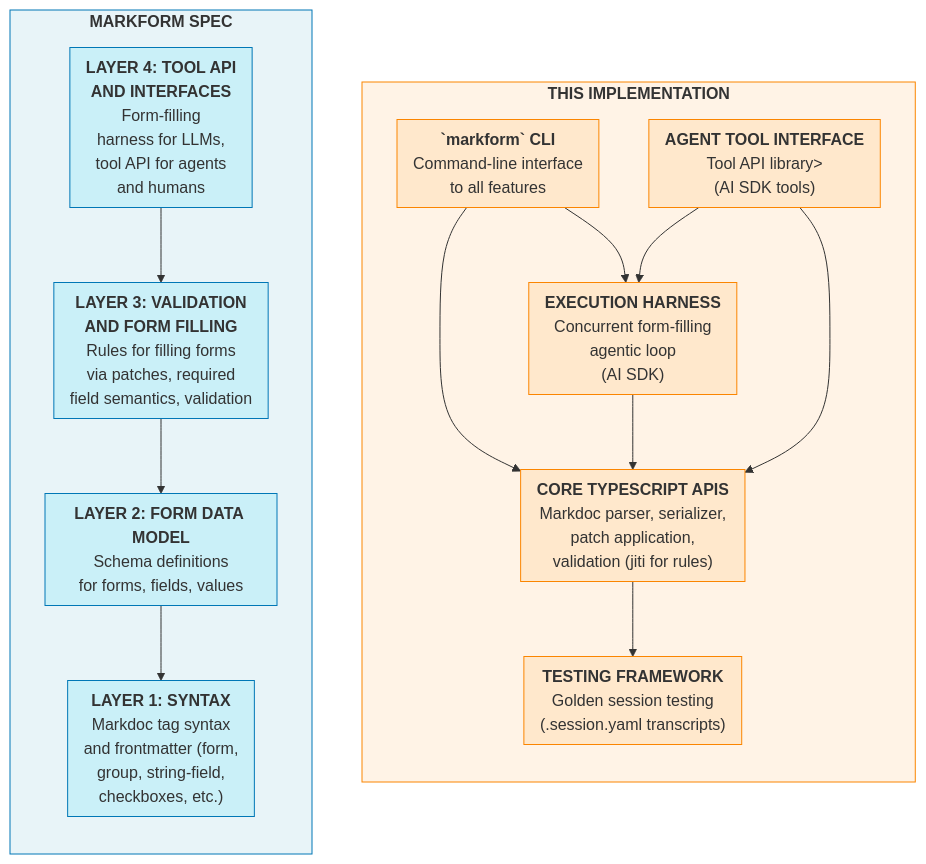
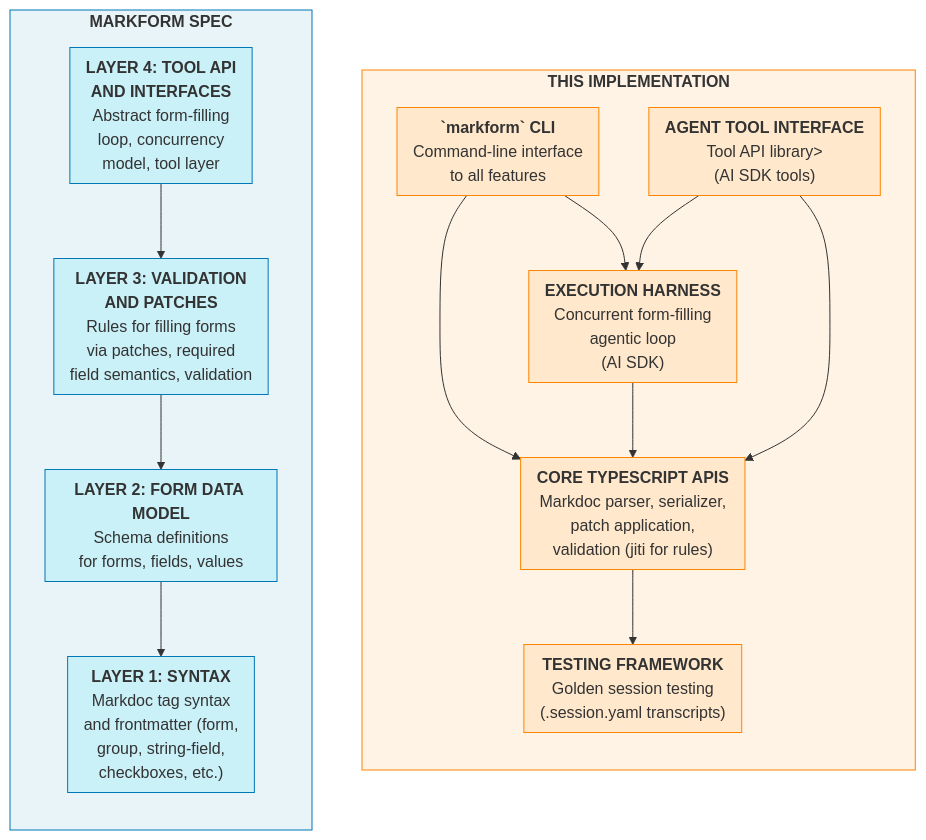
One commit to jlevy/markform changed the diagram in README.md. Above: the diagram before and after it, drawn with Mermaid. The commit also changed other lines of this file, not shown here.

Commit message:
Update CI and Coverage badge links in README

````diff
--- a/README.md
+++ b/README.md
@@ -362,60 +362,60 @@
 ```mermaid
 flowchart LR
     subgraph SPEC["<b>MARKFORM SPEC</b>"]
         direction TB
 
         subgraph L1["<b>LAYER 1: SYNTAX</b><br/>Markdoc tag syntax<br/>and frontmatter (form,<br/>group, string-field, <br/>checkboxes, etc.)"]
         end
 
         subgraph L2["<b>LAYER 2: FORM DATA MODEL</b><br/>Schema definitions<br/>for forms, fields, values"]
         end
 
-        subgraph L3["<b>LAYER 3: VALIDATION <br/>AND FORM FILLING</b><br/>Rules for filling forms<br/>via patches, required<br/>field semantics, validation"]
+        subgraph L3["<b>LAYER 3: VALIDATION <br/>AND PATCHES</b><br/>Rules for filling forms<br/>via patches, required<br/>field semantics, validation"]
         end
 
-        subgraph L4["<b>LAYER 4: TOOL API <br/>AND INTERFACES</b><br/>Form-filling<br/>harness for LLMs,<br/>tool API for agents<br/>and humans"]
+        subgraph L4["<b>LAYER 4: TOOL API <br/>AND INTERFACES</b><br/>Abstract form-filling<br/>loop, concurrency<br/>model, tool layer"]
         end
 
         L4 --> L3 --> L2 --> L1
     end
 
     subgraph IMPL["<b>THIS IMPLEMENTATION</b>"]
         direction TB
 
         subgraph CLI["<b>`markform` CLI</b><br/>Command-line interface<br/>to all features"]
         end
 
         subgraph AGENT["<b>AGENT TOOL INTERFACE</b><br/>Tool API library><br/>(AI SDK tools)"]
         end
 
         subgraph HARNESS["<b>EXECUTION HARNESS</b><br/>Concurrent form-filling<br/>agentic loop<br/>(AI SDK)"]
         end
 
         subgraph ENGINE["<b>CORE TYPESCRIPT APIS</b><br/>Markdoc parser, serializer,<br/>patch application,<br/>validation (jiti for rules)"]
         end
 
         subgraph TEST["<b>TESTING FRAMEWORK</b><br/>Golden session testing<br/>(.session.yaml transcripts)"]
         end
 
         CLI --> ENGINE
         CLI --> HARNESS
         AGENT --> HARNESS
         AGENT --> ENGINE
         HARNESS --> ENGINE
         ENGINE --> TEST
     end
 
     SPEC ~~~ IMPL
 
     style SPEC fill:#e8f4f8,stroke:#0077b6
     style L1 fill:#caf0f8,stroke:#0077b6
     style L2 fill:#caf0f8,stroke:#0077b6
     style L3 fill:#caf0f8,stroke:#0077b6
     style L4 fill:#caf0f8,stroke:#0077b6
     style IMPL fill:#fff3e6,stroke:#fb8500
     style ENGINE fill:#ffe8cc,stroke:#fb8500
     style CLI fill:#ffe8cc,stroke:#fb8500
     style AGENT fill:#ffe8cc,stroke:#fb8500
     style HARNESS fill:#ffe8cc,stroke:#fb8500
     style TEST fill:#ffe8cc,stroke:#fb8500
 ```
````
